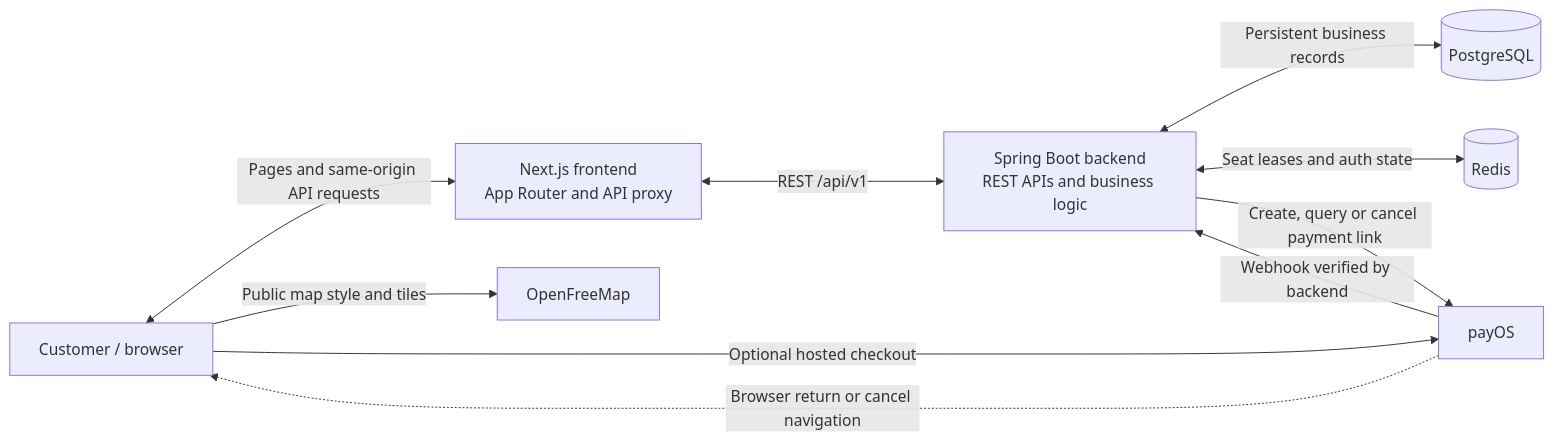
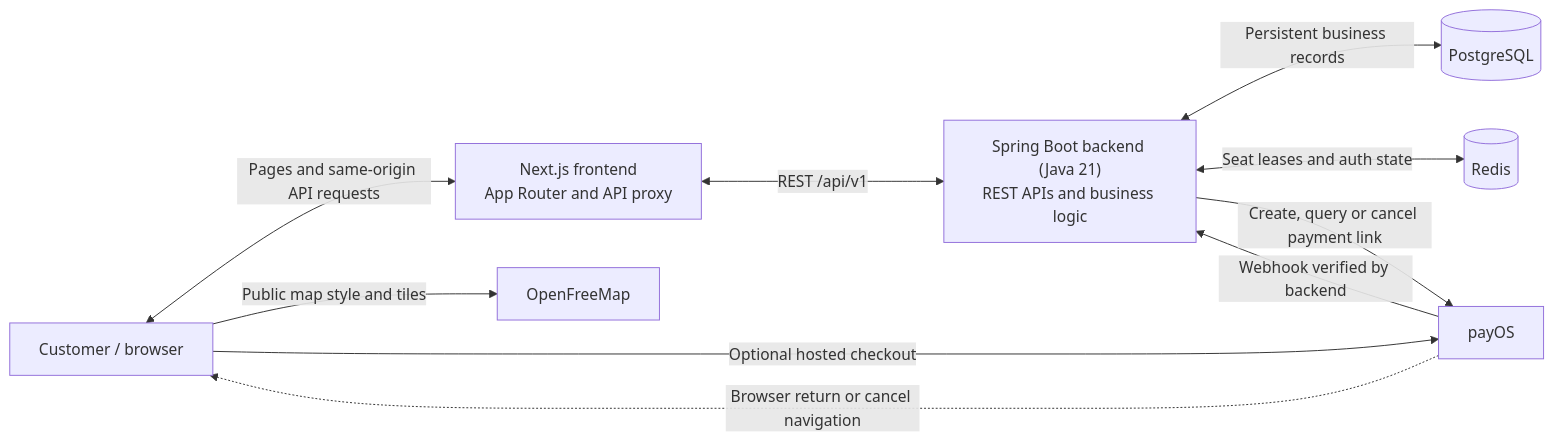
The second of 4 diagrams in docs/02-system-architecture.md (thannthai/flight-booking-system), drawn with Mermaid before and after one commit. The commit also changed other lines of this file and 9 other files, not shown here.

First line of the commit message:
docs: organize architecture as C4 levels, add critical flows and decision records

````diff
--- a/docs/02-system-architecture.md
+++ b/docs/02-system-architecture.md
@@ -23,20 +45,20 @@
 ```mermaid
 flowchart LR
     Browser["Customer / browser"]
     Next["Next.js frontend<br/>App Router and API proxy"]
-    Backend["Spring Boot backend<br/>REST APIs and business logic"]
+    Backend["Spring Boot backend (Java 21)<br/>REST APIs and business logic"]
     PG[(PostgreSQL)]
     Redis[(Redis)]
     PayOS["payOS"]
     OpenFreeMap["OpenFreeMap"]
 
     Browser <-->|Pages and same-origin API requests| Next
     Next <-->|REST /api/v1| Backend
     Backend <-->|Persistent business records| PG
     Backend <-->|Seat leases and auth state| Redis
     Backend -->|Create, query or cancel payment link| PayOS
     PayOS -->|Webhook verified by backend| Backend
     Browser -->|Public map style and tiles| OpenFreeMap
     Browser -->|Optional hosted checkout| PayOS
     PayOS -.->|Browser return or cancel navigation| Browser
 ```
````
